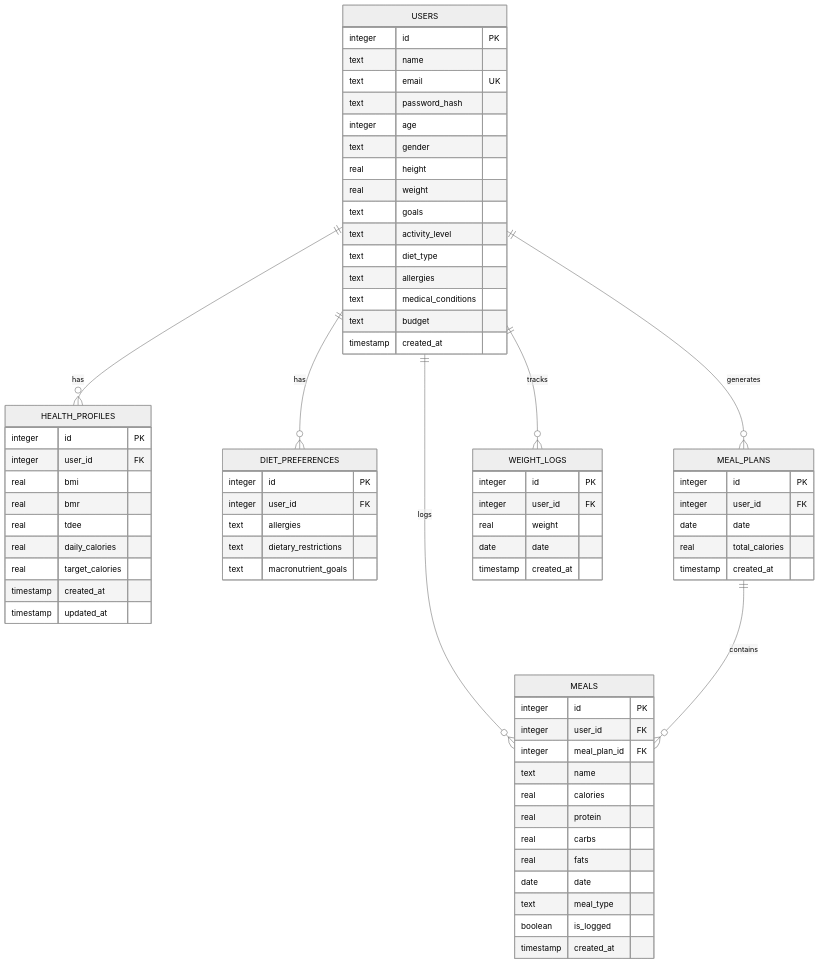
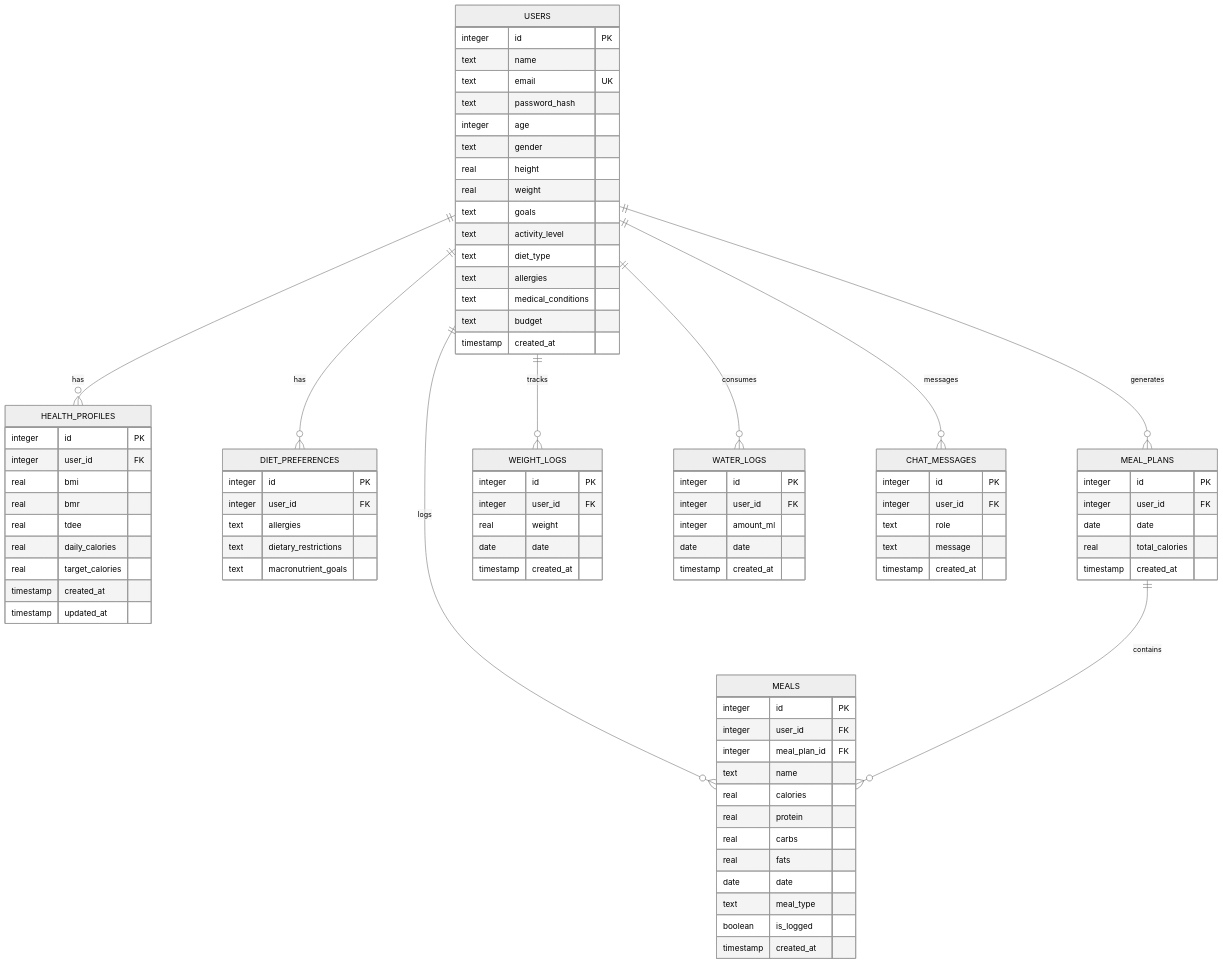
Before and after one commit to hsarjun04-netizen/NUTRICooACH: the third of 6 diagrams in .qoder/repowiki/en/content/Backend API Server/Database Schema Design.md, drawn with Mermaid (neutral theme). The commit also changed other lines of this file and 8 other files, not shown here.

Commit message:
Redesign Dashboard: dark sidebar, hero banner, activity chart, calendar, donut chart, water tracker

````diff
--- a/.qoder/repowiki/en/content/Backend API Server/Database Schema Design.md
+++ b/.qoder/repowiki/en/content/Backend API Server/Database Schema Design.md
@@ -259,10 +283,26 @@
 date date
 timestamp created_at
 }
+WATER_LOGS {
+integer id PK
+integer user_id FK
+integer amount_ml
+date date
+timestamp created_at
+}
+CHAT_MESSAGES {
+integer id PK
+integer user_id FK
+text role
+text message
+timestamp created_at
+}
 USERS ||--o{ HEALTH_PROFILES : "has"
 USERS ||--o{ DIET_PREFERENCES : "has"
 USERS ||--o{ MEAL_PLANS : "generates"
 USERS ||--o{ MEALS : "logs"
 USERS ||--o{ WEIGHT_LOGS : "tracks"
+USERS ||--o{ WATER_LOGS : "consumes"
+USERS ||--o{ CHAT_MESSAGES : "messages"
 MEAL_PLANS ||--o{ MEALS : "contains"
 ```
````
